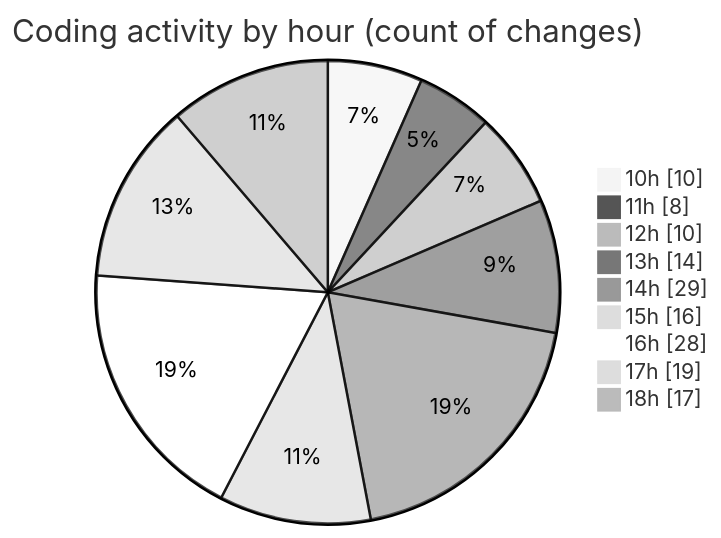
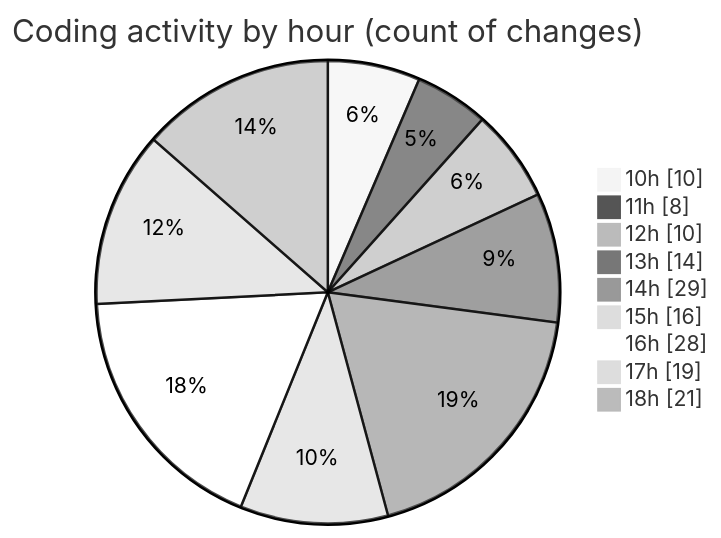
The second of 2 diagrams in 2025-07-29/nxtqube_webapp/README.md (nxtqubesakshisongat/code-tracking), drawn with Mermaid (neutral theme) before and after one commit. The commit also changed other lines of this file and 1 other file, not shown here.

````diff
--- a/2025-07-29/nxtqube_webapp/README.md
+++ b/2025-07-29/nxtqube_webapp/README.md
@@ -40,13 +40,13 @@
 ```mermaid
 pie showData
 title Coding activity by hour (count of changes)
 "10h" : 10
 "11h" : 8
 "12h" : 10
 "13h" : 14
 "14h" : 29
 "15h" : 16
 "16h" : 28
 "17h" : 19
-"18h" : 17
+"18h" : 21
 ```
````
